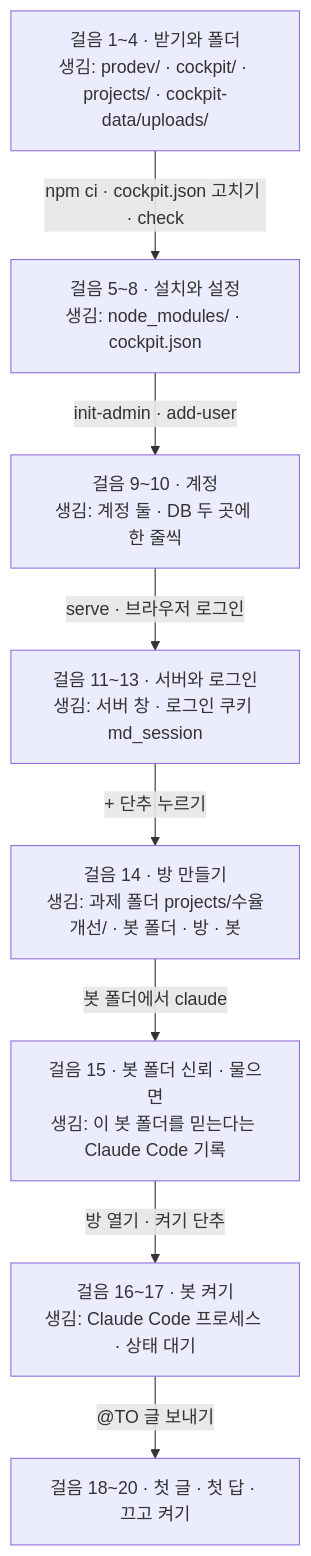
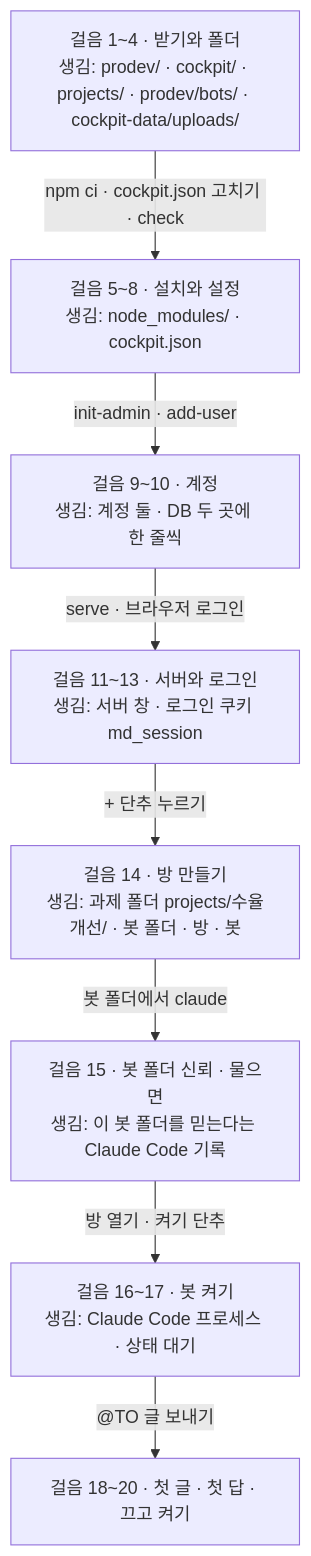
Before and after one commit to bjw202/cockpit: the first of 3 diagrams in README.md, drawn with Mermaid. The commit also changed other lines of this file and 2 other files, not shown here.

First line of the commit message:
D3-fix: 새 클론 prodev 에 bots/ 없음 — README 걸음 4 · 걸음 지도 · INSTALL-WINDOWS 4번에 prodev/bots(INSTALL 은 projects 도) 만들기 · 걸음 19 · 7.2 에 승인 대기 카드 줄 · 2.2 LTS 풀이 · INSTALL 10번 "연다" 바로잡음 · log

````diff
--- a/README.md
+++ b/README.md
@@ -70,18 +70,18 @@
 ```mermaid
 flowchart TB
-    W1["걸음 1~4 · 받기와 폴더<br/>생김: prodev/ · cockpit/ · projects/ · cockpit-data/uploads/"]
+    W1["걸음 1~4 · 받기와 폴더<br/>생김: prodev/ · cockpit/ · projects/ · prodev/bots/ · cockpit-data/uploads/"]
     W2["걸음 5~8 · 설치와 설정<br/>생김: node_modules/ · cockpit.json"]
     W3["걸음 9~10 · 계정<br/>생김: 계정 둘 · DB 두 곳에 한 줄씩"]
     W4["걸음 11~13 · 서버와 로그인<br/>생김: 서버 창 · 로그인 쿠키 md_session"]
     W5["걸음 14 · 방 만들기<br/>생김: 과제 폴더 projects/수율개선/ · 봇 폴더 · 방 · 봇"]
     W6["걸음 15 · 봇 폴더 신뢰 · 물으면<br/>생김: 이 봇 폴더를 믿는다는 Claude Code 기록"]
     W7["걸음 16~17 · 봇 켜기<br/>생김: Claude Code 프로세스 · 상태 대기"]
     W8["걸음 18~20 · 첫 글 · 첫 답 · 끄고 켜기"]
     W1 -->|"npm ci · cockpit.json 고치기 · check"| W2
     W2 -->|"init-admin · add-user"| W3
     W3 -->|"serve · 브라우저 로그인"| W4
     W4 -->|"+ 단추 누르기"| W5
     W5 -->|"봇 폴더에서 claude"| W6
     W6 -->|"방 열기 · 켜기 단추"| W7
     W7 -->|"@TO 글 보내기"| W8
 ```
````
